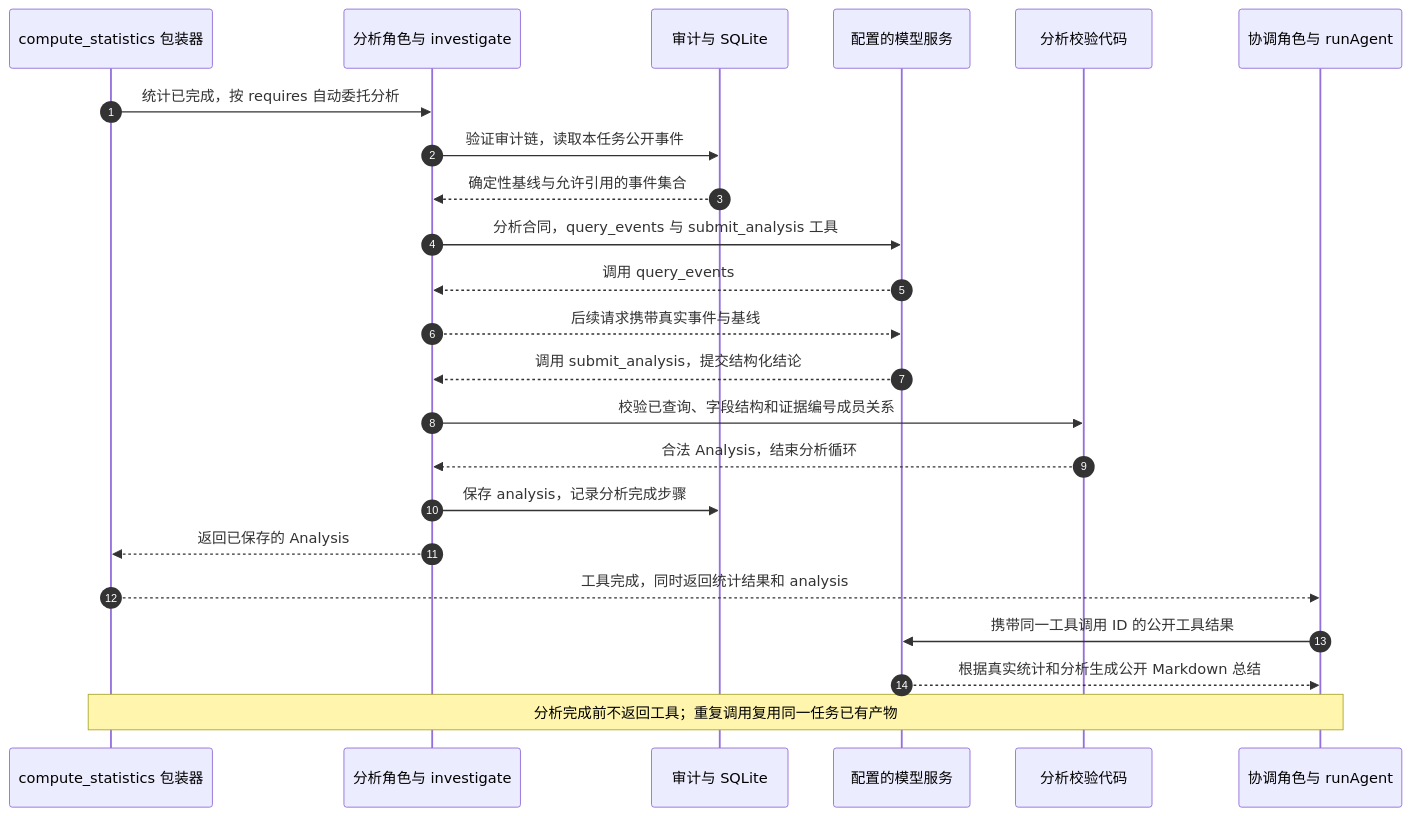
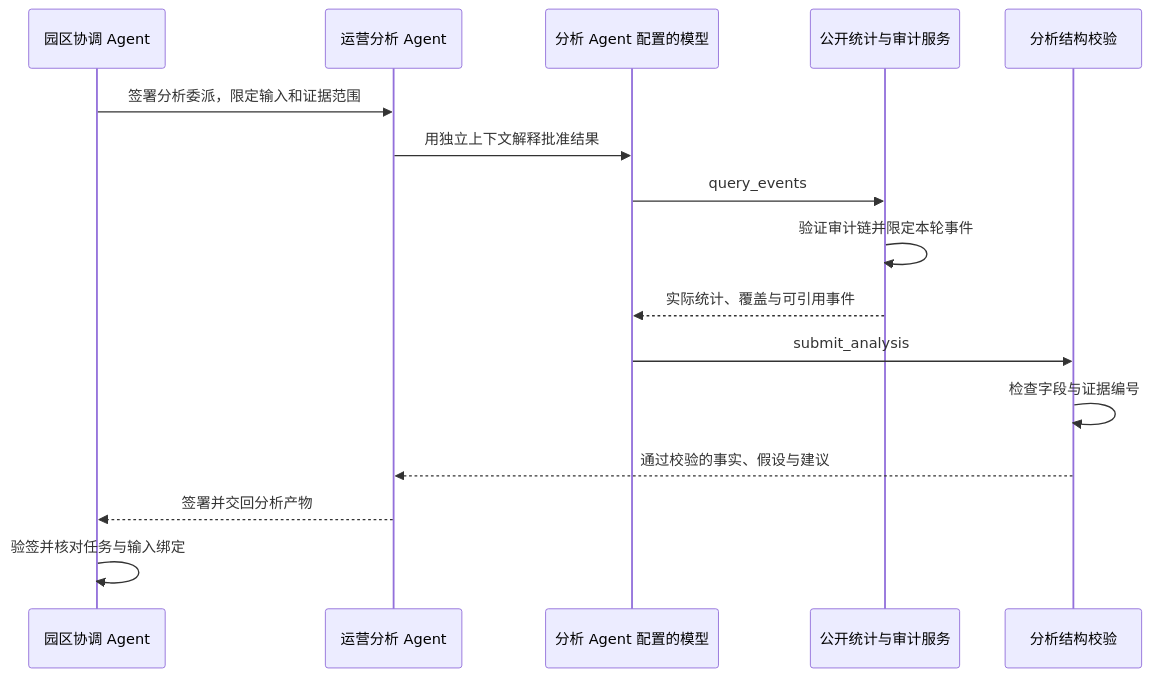
The seventh of 8 diagrams in project_document.md (shutingchai5-ux/vectra-source-0.2.0), drawn with Mermaid before and after one commit. The commit also changed other lines of this file and 622 other files, not shown here.

````diff
--- a/project_document.md
+++ b/project_document.md
@@ -502,25 +251,18 @@
 ```mermaid
 sequenceDiagram
-    autonumber
-    participant C as compute_statistics 包装器
-    participant A as 分析角色与 investigate
-    participant D as 审计与 SQLite
-    participant L as 配置的模型服务
-    participant V as 分析校验代码
-    participant K as 协调角色与 runAgent
-    C->>A: 统计已完成，按 requires 自动委托分析
-    A->>D: 验证审计链，读取本任务公开事件
-    D-->>A: 确定性基线与允许引用的事件集合
-    A->>L: 分析合同，query_events 与 submit_analysis 工具
-    L-->>A: 调用 query_events
-    A-->>L: 后续请求携带真实事件与基线
-    L-->>A: 调用 submit_analysis，提交结构化结论
-    A->>V: 校验已查询、字段结构和证据编号成员关系
-    V-->>A: 合法 Analysis，结束分析循环
-    A->>D: 保存 analysis，记录分析完成步骤
-    A-->>C: 返回已保存的 Analysis
-    C-->>K: 工具完成，同时返回统计结果和 analysis
-    K->>L: 携带同一工具调用 ID 的公开工具结果
-    L-->>K: 根据真实统计和分析生成公开 Markdown 总结
-    Note over C,K: 分析完成前不返回工具；重复调用复用同一任务已有产物
+  participant S as 园区协调 Agent
+  participant A as 运营分析 Agent
+  participant L as 分析 Agent 配置的模型
+  participant E as 公开统计与审计服务
+  participant V as 分析结构校验
+  S->>A: 签署分析委派，限定输入和证据范围
+  A->>L: 用独立上下文解释批准结果
+  L->>E: query_events
+  E->>E: 验证审计链并限定本轮事件
+  E-->>L: 实际统计、覆盖与可引用事件
+  L->>V: submit_analysis
+  V->>V: 检查字段与证据编号
+  V-->>A: 通过校验的事实、假设与建议
+  A-->>S: 签署并交回分析产物
+  S->>S: 验签并核对任务与输入绑定
 ```
````
